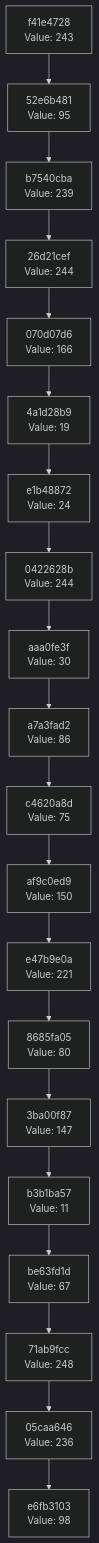
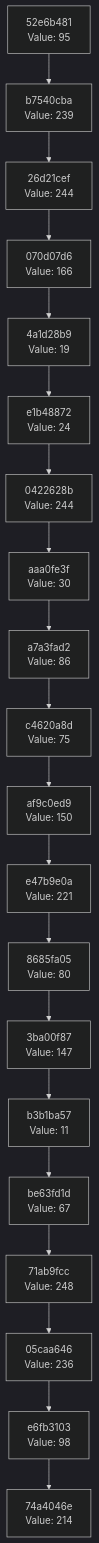
One commit to Abhisheksinha1506/hash-chain-evolver changed the diagram in docs/CHAIN_VISUALIZATION.md. Above: the diagram before and after it, drawn with Mermaid (dark theme). The commit also changed 3 other files, not shown here.

````diff
--- a/docs/CHAIN_VISUALIZATION.md
+++ b/docs/CHAIN_VISUALIZATION.md
@@ -3,42 +3,42 @@
 ```mermaid
 graph TD
-    C0["e6fb3103<br/>Value: 98"]
-    C1["05caa646<br/>Value: 236"]
+    C0["74a4046e<br/>Value: 214"]
+    C1["e6fb3103<br/>Value: 98"]
     C1 --> C0
-    C2["71ab9fcc<br/>Value: 248"]
+    C2["05caa646<br/>Value: 236"]
     C2 --> C1
-    C3["be63fd1d<br/>Value: 67"]
+    C3["71ab9fcc<br/>Value: 248"]
     C3 --> C2
-    C4["b3b1ba57<br/>Value: 11"]
+    C4["be63fd1d<br/>Value: 67"]
     C4 --> C3
-    C5["3ba00f87<br/>Value: 147"]
+    C5["b3b1ba57<br/>Value: 11"]
     C5 --> C4
-    C6["8685fa05<br/>Value: 80"]
+    C6["3ba00f87<br/>Value: 147"]
     C6 --> C5
-    C7["e47b9e0a<br/>Value: 221"]
+    C7["8685fa05<br/>Value: 80"]
     C7 --> C6
-    C8["af9c0ed9<br/>Value: 150"]
+    C8["e47b9e0a<br/>Value: 221"]
     C8 --> C7
-    C9["c4620a8d<br/>Value: 75"]
+    C9["af9c0ed9<br/>Value: 150"]
     C9 --> C8
-    C10["a7a3fad2<br/>Value: 86"]
+    C10["c4620a8d<br/>Value: 75"]
     C10 --> C9
-    C11["aaa0fe3f<br/>Value: 30"]
+    C11["a7a3fad2<br/>Value: 86"]
     C11 --> C10
-    C12["0422628b<br/>Value: 244"]
+    C12["aaa0fe3f<br/>Value: 30"]
     C12 --> C11
-    C13["e1b48872<br/>Value: 24"]
+    C13["0422628b<br/>Value: 244"]
     C13 --> C12
-    C14["4a1d28b9<br/>Value: 19"]
+    C14["e1b48872<br/>Value: 24"]
     C14 --> C13
-    C15["070d07d6<br/>Value: 166"]
+    C15["4a1d28b9<br/>Value: 19"]
     C15 --> C14
-    C16["26d21cef<br/>Value: 244"]
+    C16["070d07d6<br/>Value: 166"]
     C16 --> C15
-    C17["b7540cba<br/>Value: 239"]
+    C17["26d21cef<br/>Value: 244"]
     C17 --> C16
-    C18["52e6b481<br/>Value: 95"]
+    C18["b7540cba<br/>Value: 239"]
     C18 --> C17
-    C19["f41e4728<br/>Value: 243"]
+    C19["52e6b481<br/>Value: 95"]
     C19 --> C18
 ```
````
